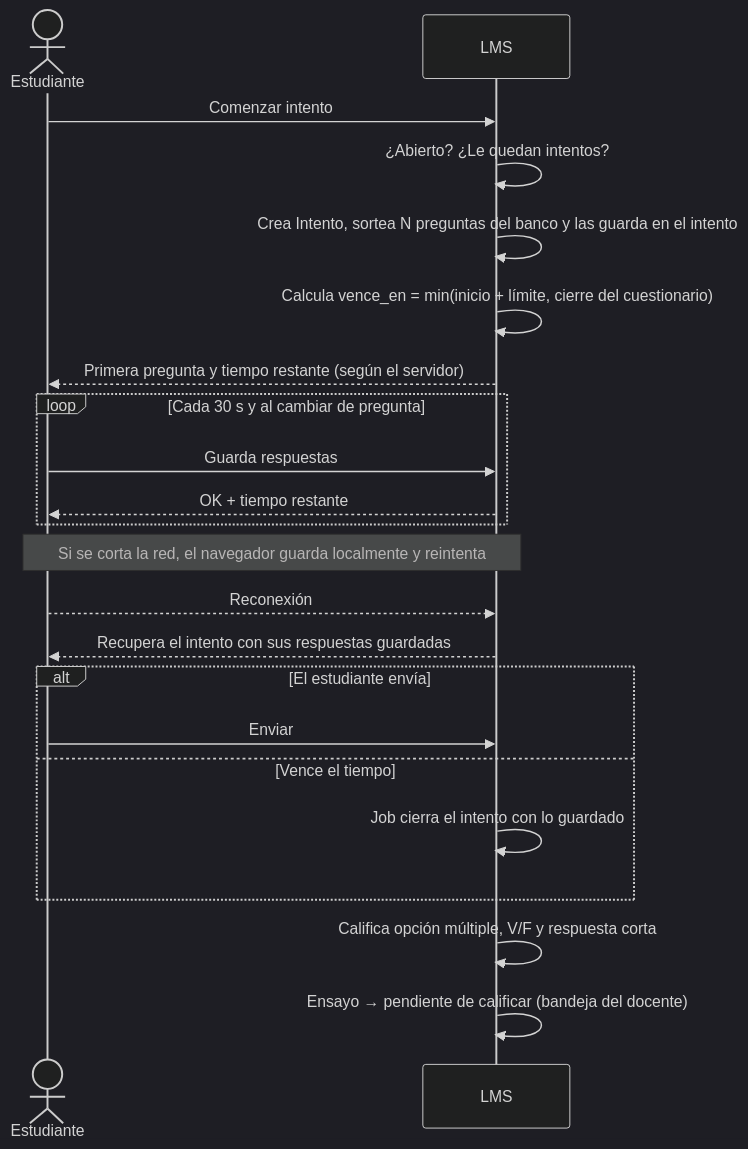
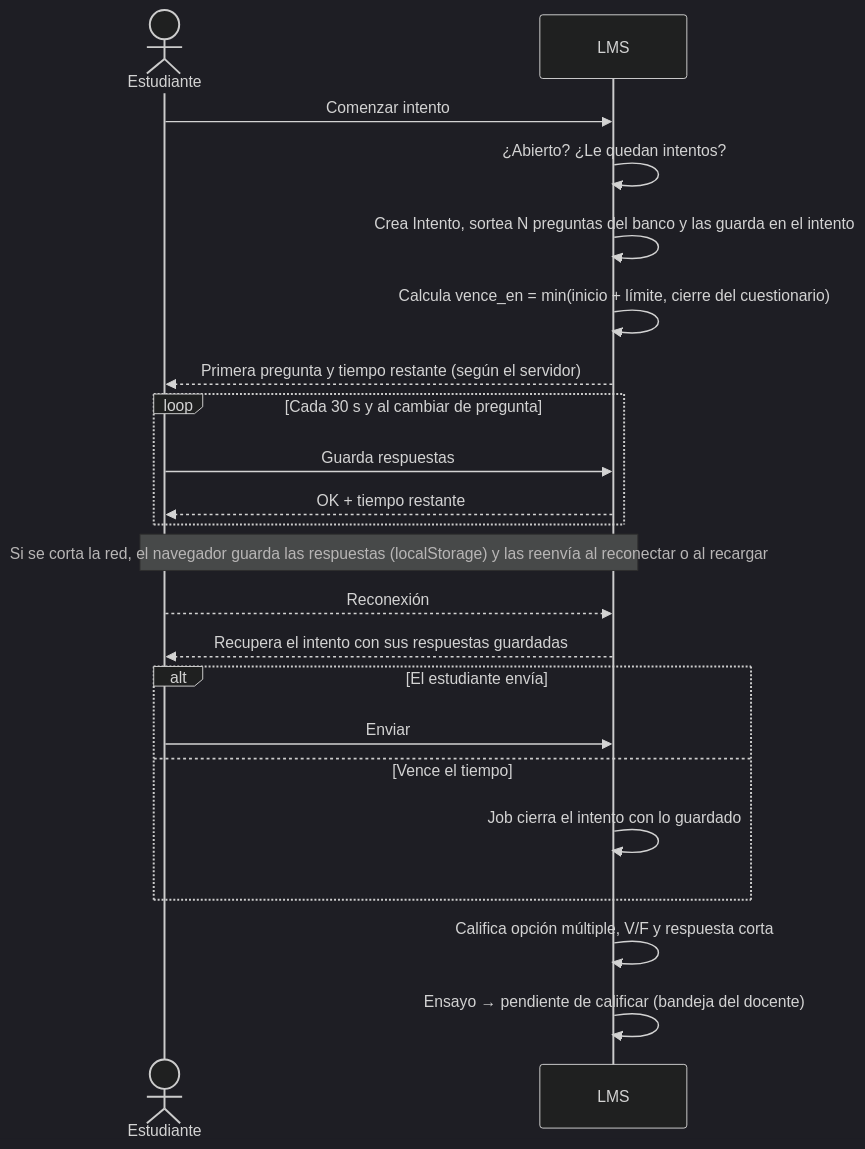
The diagram in docs/08 Flujos/Flujo Resolución de cuestionario.md (evervc-dev/lms-ues-fmo), drawn with Mermaid (dark theme) before and after one commit. The commit also changed other lines of this file and 10 other files, not shown here.

````diff
--- a/docs/08 Flujos/Flujo Resolución de cuestionario.md
+++ b/docs/08 Flujos/Flujo Resolución de cuestionario.md
@@ -13,24 +13,24 @@
 ```mermaid
 sequenceDiagram
   actor E as Estudiante
   participant L as LMS
   E->>L: Comenzar intento
   L->>L: ¿Abierto? ¿Le quedan intentos?
   L->>L: Crea Intento, sortea N preguntas del banco y las guarda en el intento
   L->>L: Calcula vence_en = min(inicio + límite, cierre del cuestionario)
   L-->>E: Primera pregunta y tiempo restante (según el servidor)
   loop Cada 30 s y al cambiar de pregunta
     E->>L: Guarda respuestas
     L-->>E: OK + tiempo restante
   end
-  Note over E,L: Si se corta la red, el navegador guarda localmente y reintenta
+  Note over E,L: Si se corta la red, el navegador guarda las respuestas (localStorage) y las reenvía al reconectar o al recargar
   E-->>L: Reconexión
   L-->>E: Recupera el intento con sus respuestas guardadas
   alt El estudiante envía
     E->>L: Enviar
   else Vence el tiempo
     L->>L: Job cierra el intento con lo guardado
   end
   L->>L: Califica opción múltiple, V/F y respuesta corta
   L->>L: Ensayo → pendiente de calificar (bandeja del docente)
 ```
````
